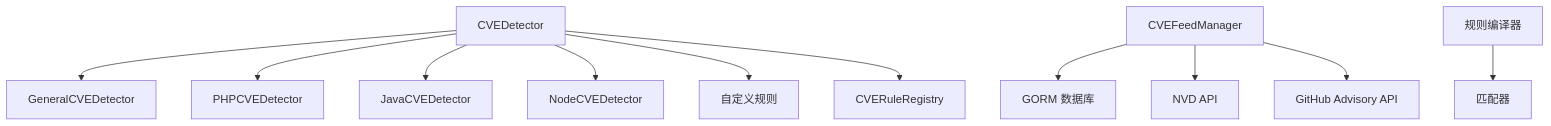
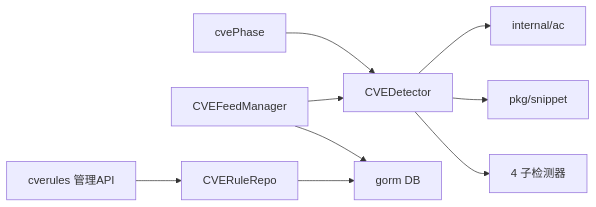
The fourth of 4 diagrams in docs/安全防护功能/CVE 漏洞检测/CVE 漏洞检测.md (x01n/My-OpenWaf), drawn with Mermaid before and after one commit. The commit also changed other lines of this file and 622 other files, not shown here.

````diff
--- a/docs/安全防护功能/CVE 漏洞检测/CVE 漏洞检测.md
+++ b/docs/安全防护功能/CVE 漏洞检测/CVE 漏洞检测.md
@@ -358,13 +292,10 @@
 ```mermaid
-graph TB
-Detector["CVEDetector"] --> General["GeneralCVEDetector"]
-Detector --> PHP["PHPCVEDetector"]
-Detector --> Java["JavaCVEDetector"]
-Detector --> Node["NodeCVEDetector"]
-Detector --> Custom["自定义规则"]
-Detector --> Registry["CVERuleRegistry"]
-FeedMgr["CVEFeedManager"] --> DB["GORM 数据库"]
-FeedMgr --> NVD["NVD API"]
-FeedMgr --> GH["GitHub Advisory API"]
-Compiler["规则编译器"] --> Matcher["匹配器"]
+graph LR
+PH["cvePhase"] --> DET["CVEDetector"]
+DET --> AC["internal/ac"]
+DET --> SN["pkg/snippet"]
+DET --> SUB["4 子检测器"]
+FEED["CVEFeedManager"] --> DB["gorm DB"]
+FEED --> DET
+API["cverules 管理API"] --> REPO["CVERuleRepo"] --> DB
 ```
````
